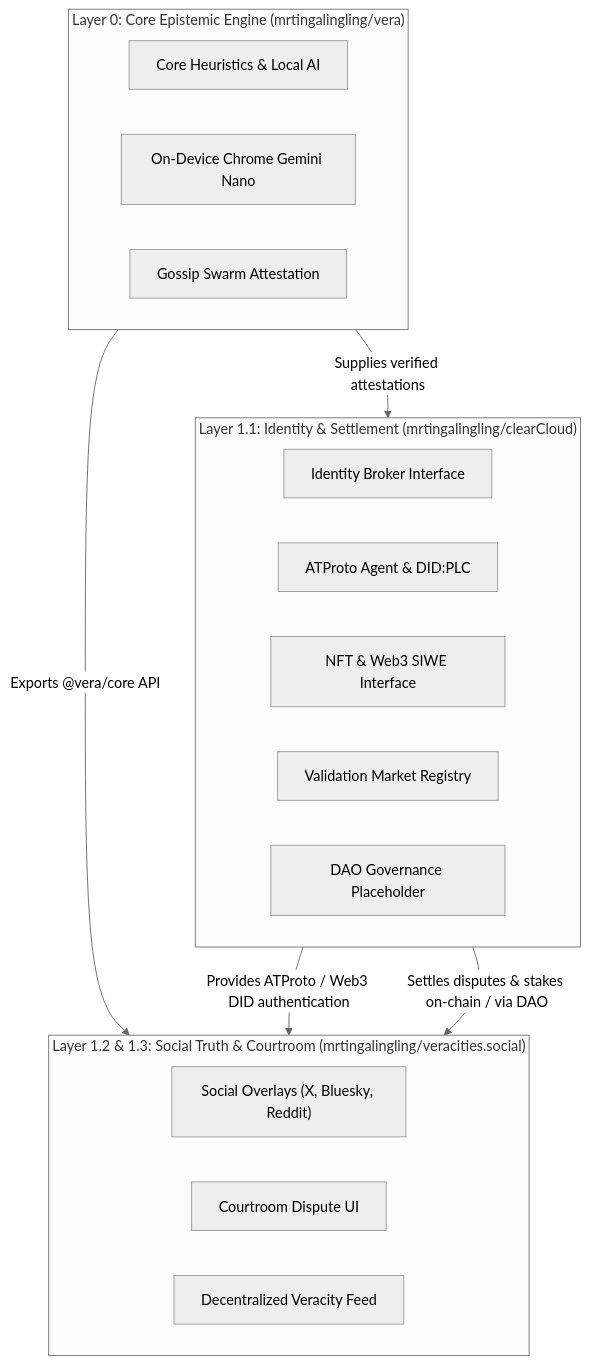
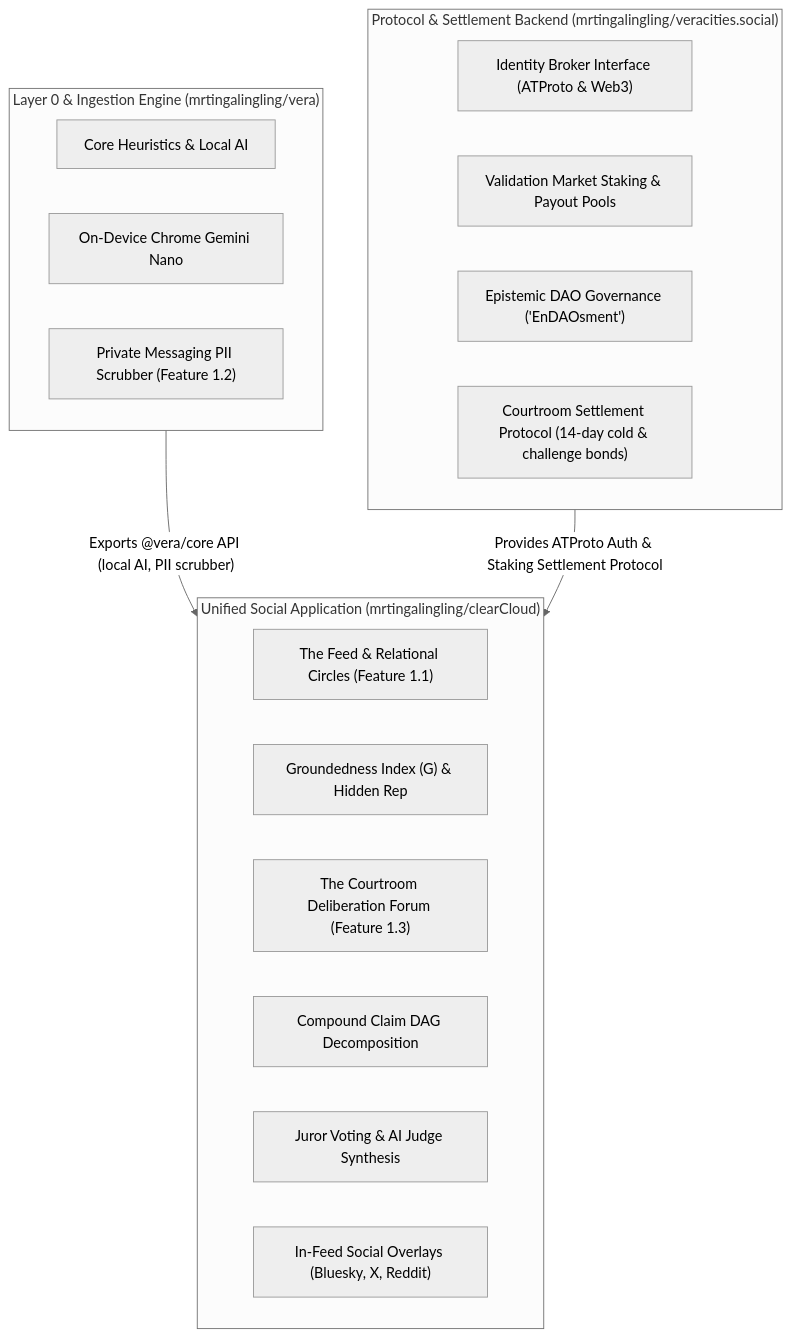
The diagram in README.md (mrtingalingling/clearCloud), drawn with Mermaid (neutral theme) before and after one commit. The commit also changed other lines of this file and 25 other files, not shown here.

Commit message:
feat: Restructure clearCloud as Unified Social Application (Feature 1.1 + 1.3)

````diff
--- a/README.md
+++ b/README.md
@@ -11,27 +11,27 @@
 ```mermaid
 graph TD
-    subgraph Layer0 ["Layer 0: Core Epistemic Engine (mrtingalingling/vera)"]
+    subgraph Layer0 ["Layer 0 & Ingestion Engine (mrtingalingling/vera)"]
         V_Engine["Core Heuristics & Local AI"]
         V_Nano["On-Device Chrome Gemini Nano"]
-        V_P2P["Gossip Swarm Attestation"]
+        V_Scrub["Private Messaging PII Scrubber (Feature 1.2)"]
     end
 
-    subgraph Layer1_1 ["Layer 1.1: Identity & Settlement (mrtingalingling/clearCloud)"]
-        C_Auth["Identity Broker Interface"]
-        C_ATProto["ATProto Agent & DID:PLC"]
-        C_Web3["NFT & Web3 SIWE Interface"]
-        C_Market["Validation Market Registry"]
-        C_DAO["DAO Governance Placeholder"]
+    subgraph LayerProtocol ["Protocol & Settlement Backend (mrtingalingling/veracities.social)"]
+        P_Auth["Identity Broker Interface (ATProto & Web3)"]
+        P_Market["Validation Market Staking & Payout Pools"]
+        P_DAO["Epistemic DAO Governance ('EnDAOsment')"]
+        P_Settle["Courtroom Settlement Protocol (14-day cold & challenge bonds)"]
     end
 
-    subgraph Layer1_2_3 ["Layer 1.2 & 1.3: Social Truth & Courtroom (mrtingalingling/veracities.social)"]
-        S_Overlay["Social Overlays (X, Bluesky, Reddit)"]
-        S_Court["Courtroom Dispute UI"]
-        S_Feed["Decentralized Veracity Feed"]
+    subgraph LayerApp ["Unified Social Application (mrtingalingling/clearCloud)"]
+        A_Feed["The Feed & Relational Circles (Feature 1.1)"]
+        A_Grounded["Groundedness Index (G) & Hidden Rep"]
+        A_Court["The Courtroom Deliberation Forum (Feature 1.3)"]
+        A_DAG["Compound Claim DAG Decomposition"]
+        A_Jury["Juror Voting & AI Judge Synthesis"]
+        A_Overlay["In-Feed Social Overlays (Bluesky, X, Reddit)"]
     end
 
-    Layer0 -->|"Exports @vera/core API"| Layer1_2_3
-    Layer0 -->|"Supplies verified attestations"| Layer1_1
-    Layer1_1 -->|"Provides ATProto / Web3 DID authentication"| Layer1_2_3
-    Layer1_1 -->|"Settles disputes & stakes on-chain / via DAO"| Layer1_2_3
+    Layer0 -->|"Exports @vera/core API (local AI, PII scrubber)"| LayerApp
+    LayerProtocol -->|"Provides ATProto Auth & Staking Settlement Protocol"| LayerApp
 ```
````
